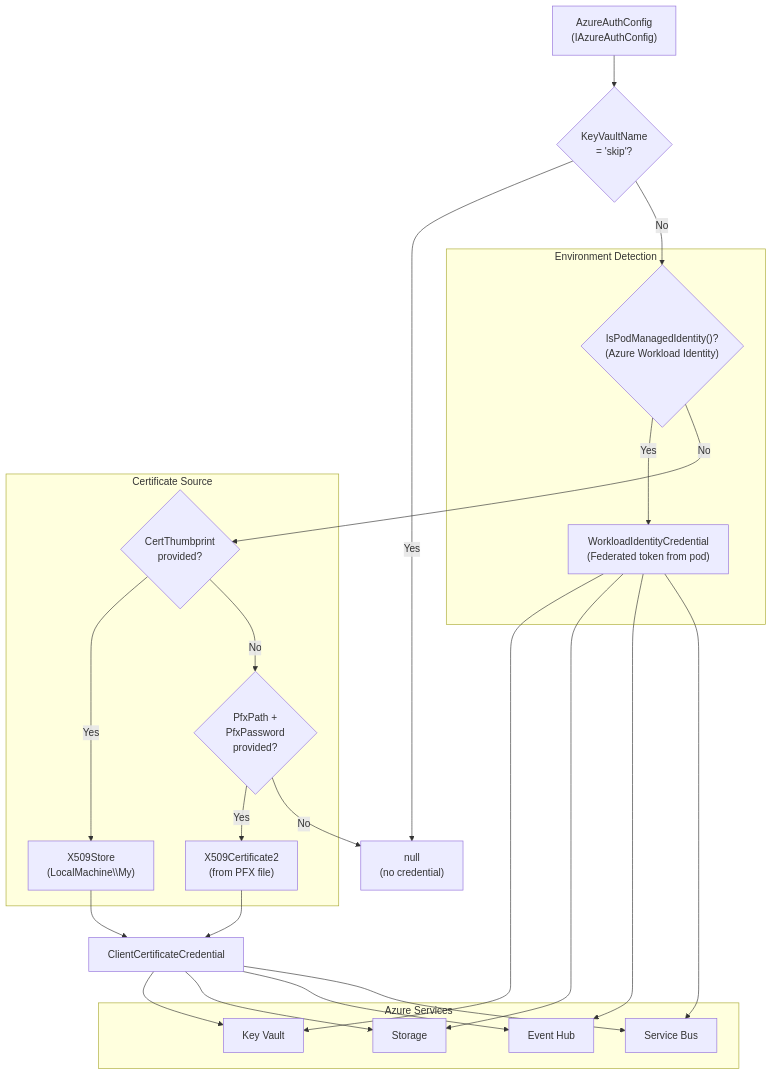
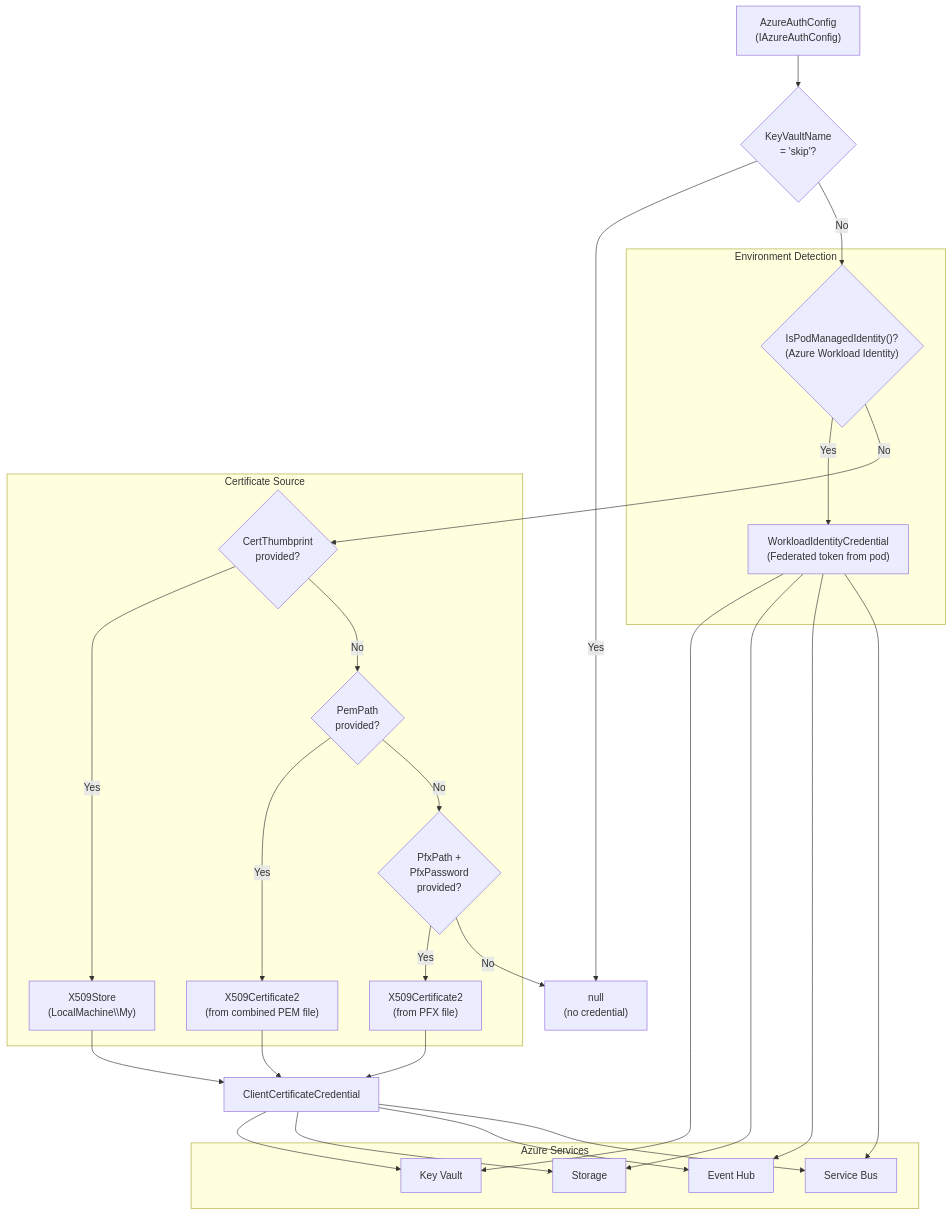
The diagram in src/CasCap.Api.Azure.Auth/README.md (f2calv/CasCap.Api.Azure), drawn with Mermaid before and after one commit. The commit also changed other lines of this file and 9 other files, not shown here.

````diff
--- a/src/CasCap.Api.Azure.Auth/README.md
+++ b/src/CasCap.Api.Azure.Auth/README.md
@@ -52,50 +62,55 @@
 ```mermaid
 flowchart TD
     CONFIG["AzureAuthConfig<br/>(IAzureAuthConfig)"]
 
     subgraph Detection["Environment Detection"]
         POD_CHECK{"IsPodManagedIdentity()?<br/>(Azure Workload Identity)"}
         WORKLOAD["WorkloadIdentityCredential<br/>(Federated token from pod)"]
     end
 
     subgraph CertificateSource["Certificate Source"]
         THUMBPRINT{"CertThumbprint<br/>provided?"}
+        PEM{"PemPath<br/>provided?"}
         PFX{"PfxPath +<br/>PfxPassword<br/>provided?"}
         STORE["X509Store<br/>(LocalMachine\\My)"]
+        PEM_FILE["X509Certificate2<br/>(from combined PEM file)"]
         FILE["X509Certificate2<br/>(from PFX file)"]
     end
 
     CREDENTIAL["ClientCertificateCredential"]
     NULL["null<br/>(no credential)"]
 
     subgraph AzureServices["Azure Services"]
         KV["Key Vault"]
         STORAGE["Storage"]
         EH["Event Hub"]
         SB["Service Bus"]
     end
 
     CONFIG --> SKIP_CHECK{"KeyVaultName<br/>= 'skip'?"}
     SKIP_CHECK -->|"Yes"| NULL
     SKIP_CHECK -->|"No"| POD_CHECK
     POD_CHECK -->|"Yes"| WORKLOAD
     POD_CHECK -->|"No"| THUMBPRINT
 
     THUMBPRINT -->|"Yes"| STORE
-    THUMBPRINT -->|"No"| PFX
+    THUMBPRINT -->|"No"| PEM
 
+    PEM -->|"Yes"| PEM_FILE
+    PEM -->|"No"| PFX
     PFX -->|"Yes"| FILE
     PFX -->|"No"| NULL
 
     STORE --> CREDENTIAL
+    PEM_FILE --> CREDENTIAL
     FILE --> CREDENTIAL
     WORKLOAD --> KV
     WORKLOAD --> STORAGE
     WORKLOAD --> EH
     WORKLOAD --> SB
 
     CREDENTIAL --> KV
     CREDENTIAL --> STORAGE
     CREDENTIAL --> EH
     CREDENTIAL --> SB
 ```
````
